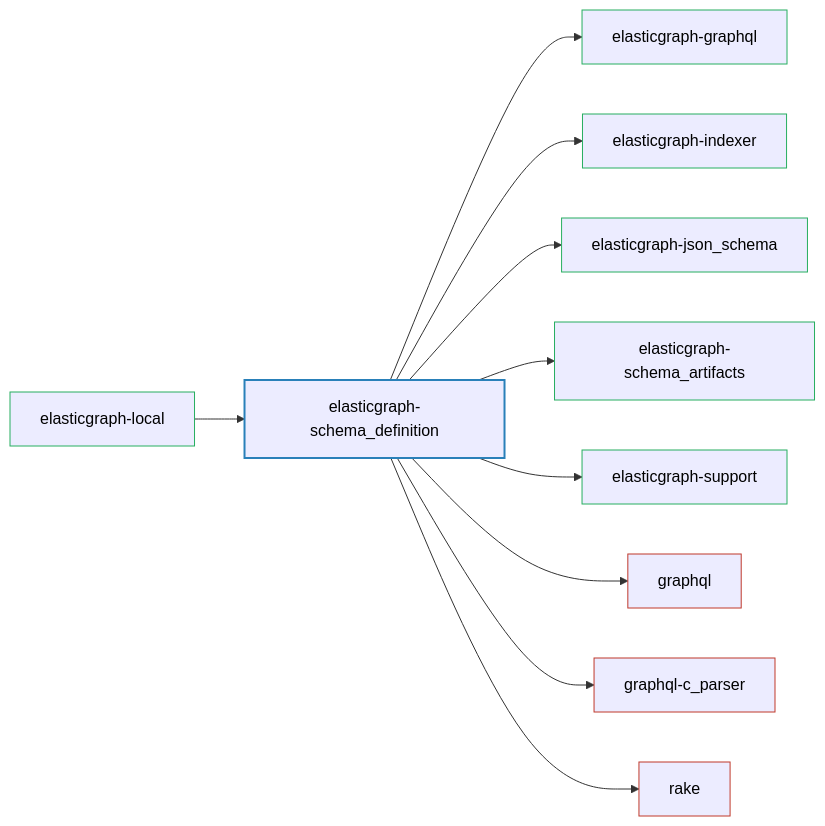
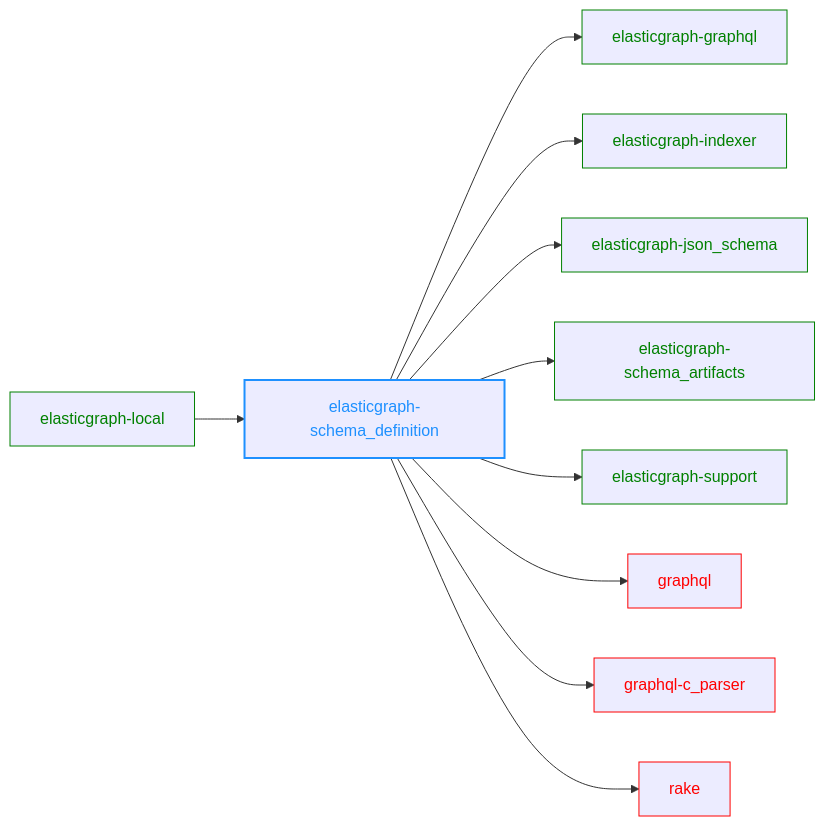
The diagram in elasticgraph-schema_definition/README.md (block/elasticgraph), drawn with Mermaid before and after one commit. The commit also changed 23 other files, not shown here.

````diff
--- a/elasticgraph-schema_definition/README.md
+++ b/elasticgraph-schema_definition/README.md
@@ -11,32 +11,35 @@
 ```mermaid
 graph LR;
     elasticgraph-schema_definition["elasticgraph-schema_definition"];
     elasticgraph-graphql["elasticgraph-graphql"];
     elasticgraph-schema_definition --> elasticgraph-graphql;
     elasticgraph-indexer["elasticgraph-indexer"];
     elasticgraph-schema_definition --> elasticgraph-indexer;
     elasticgraph-json_schema["elasticgraph-json_schema"];
     elasticgraph-schema_definition --> elasticgraph-json_schema;
     elasticgraph-schema_artifacts["elasticgraph-schema_artifacts"];
     elasticgraph-schema_definition --> elasticgraph-schema_artifacts;
     elasticgraph-support["elasticgraph-support"];
     elasticgraph-schema_definition --> elasticgraph-support;
     graphql["graphql"];
     elasticgraph-schema_definition --> graphql;
     graphql-c_parser["graphql-c_parser"];
     elasticgraph-schema_definition --> graphql-c_parser;
     rake["rake"];
     elasticgraph-schema_definition --> rake;
     elasticgraph-local["elasticgraph-local"];
     elasticgraph-local --> elasticgraph-schema_definition;
-    style elasticgraph-schema_definition fill:#lightblue,stroke:#2980b9,stroke-width:2px,color:#000;
-    style elasticgraph-graphql fill:#lightgreen,stroke:#27ae60,stroke-width:1px,color:#000;
-    style elasticgraph-indexer fill:#lightgreen,stroke:#27ae60,stroke-width:1px,color:#000;
-    style elasticgraph-json_schema fill:#lightgreen,stroke:#27ae60,stroke-width:1px,color:#000;
-    style elasticgraph-schema_artifacts fill:#lightgreen,stroke:#27ae60,stroke-width:1px,color:#000;
-    style elasticgraph-support fill:#lightgreen,stroke:#27ae60,stroke-width:1px,color:#000;
-    style graphql fill:#lightcoral,stroke:#c0392b,stroke-width:1px,color:#000;
-    style graphql-c_parser fill:#lightcoral,stroke:#c0392b,stroke-width:1px,color:#000;
-    style rake fill:#lightcoral,stroke:#c0392b,stroke-width:1px,color:#000;
-    style elasticgraph-local fill:#lightgreen,stroke:#27ae60,stroke-width:1px,color:#000;
+    style elasticgraph-schema_definition color:DodgerBlue,stroke-width:2px,stroke:DodgerBlue;
+    style elasticgraph-graphql color:Green,stroke:Green;
+    style elasticgraph-indexer color:Green,stroke:Green;
+    style elasticgraph-json_schema color:Green,stroke:Green;
+    style elasticgraph-schema_artifacts color:Green,stroke:Green;
+    style elasticgraph-support color:Green,stroke:Green;
+    style graphql color:Red,stroke:Red;
+    style graphql-c_parser color:Red,stroke:Red;
+    style rake color:Red,stroke:Red;
+    style elasticgraph-local color:Green,stroke:Green;
+    click graphql href "https://rubygems.org/gems/graphql" "Open on RubyGems.org" _blank;
+    click graphql-c_parser href "https://rubygems.org/gems/graphql-c_parser" "Open on RubyGems.org" _blank;
+    click rake href "https://rubygems.org/gems/rake" "Open on RubyGems.org" _blank;
 ```
````
